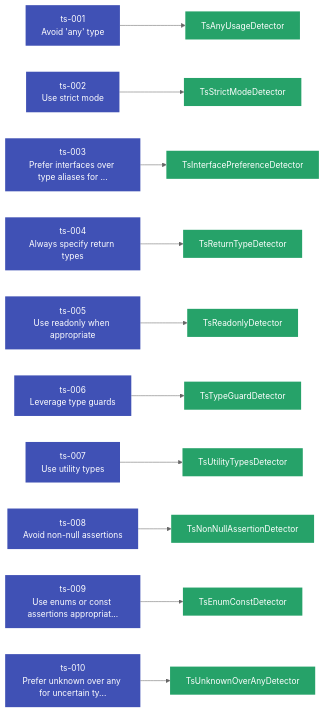
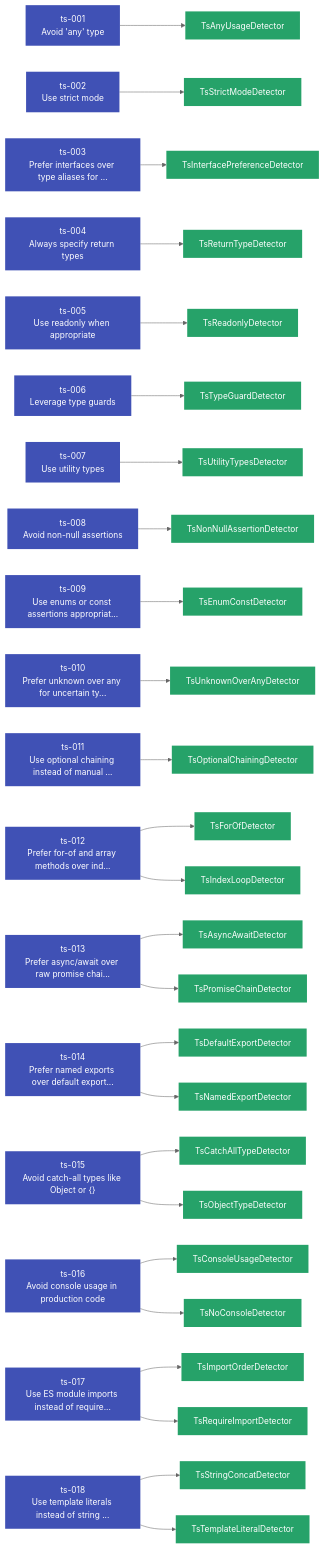
The diagram in docs/user-guide/languages/typescript.md (Anselmoo/mcp-zen-of-languages), drawn with Mermaid (neutral theme) before and after one commit. The commit also changed other lines of this file and 43 other files, not shown here.

```diff
--- a/docs/user-guide/languages/typescript.md
+++ b/docs/user-guide/languages/typescript.md
@@ -289,20 +464,58 @@
     ts_008["ts-008<br/>Avoid non-null assertions"]
     ts_009["ts-009<br/>Use enums or const assertions appropriat..."]
     ts_010["ts-010<br/>Prefer unknown over any for uncertain ty..."]
+    ts_011["ts-011<br/>Use optional chaining instead of manual ..."]
+    ts_012["ts-012<br/>Prefer for-of and array methods over ind..."]
+    ts_013["ts-013<br/>Prefer async/await over raw promise chai..."]
+    ts_014["ts-014<br/>Prefer named exports over default export..."]
+    ts_015["ts-015<br/>Avoid catch-all types like Object or {}"]
+    ts_016["ts-016<br/>Avoid console usage in production code"]
+    ts_017["ts-017<br/>Use ES module imports instead of require..."]
+    ts_018["ts-018<br/>Use template literals instead of string ..."]
     det_TsAnyUsageDetector["TsAnyUsageDetector"]
     ts_001 --> det_TsAnyUsageDetector
+    det_TsAsyncAwaitDetector["TsAsyncAwaitDetector"]
+    ts_013 --> det_TsAsyncAwaitDetector
+    det_TsCatchAllTypeDetector["TsCatchAllTypeDetector"]
+    ts_015 --> det_TsCatchAllTypeDetector
+    det_TsConsoleUsageDetector["TsConsoleUsageDetector"]
+    ts_016 --> det_TsConsoleUsageDetector
+    det_TsDefaultExportDetector["TsDefaultExportDetector"]
+    ts_014 --> det_TsDefaultExportDetector
     det_TsEnumConstDetector["TsEnumConstDetector"]
     ts_009 --> det_TsEnumConstDetector
+    det_TsForOfDetector["TsForOfDetector"]
+    ts_012 --> det_TsForOfDetector
+    det_TsImportOrderDetector["TsImportOrderDetector"]
+    ts_017 --> det_TsImportOrderDetector
+    det_TsIndexLoopDetector["TsIndexLoopDetector"]
+    ts_012 --> det_TsIndexLoopDetector
     det_TsInterfacePreferenceDetector["TsInterfacePreferenceDetector"]
     ts_003 --> det_TsInterfacePreferenceDetector
+    det_TsNamedExportDetector["TsNamedExportDetector"]
+    ts_014 --> det_TsNamedExportDetector
+    det_TsNoConsoleDetector["TsNoConsoleDetector"]
+    ts_016 --> det_TsNoConsoleDetector
     det_TsNonNullAssertionDetector["TsNonNullAssertionDetector"]
     ts_008 --> det_TsNonNullAssertionDetector
+    det_TsObjectTypeDetector["TsObjectTypeDetector"]
+    ts_015 --> det_TsObjectTypeDetector
+    det_TsOptionalChainingDetector["TsOptionalChainingDetector"]
+    ts_011 --> det_TsOptionalChainingDetector
+    det_TsPromiseChainDetector["TsPromiseChainDetector"]
+    ts_013 --> det_TsPromiseChainDetector
     det_TsReadonlyDetector["TsReadonlyDetector"]
     ts_005 --> det_TsReadonlyDetector
+    det_TsRequireImportDetector["TsRequireImportDetector"]
+    ts_017 --> det_TsRequireImportDetector
     det_TsReturnTypeDetector["TsReturnTypeDetector"]
     ts_004 --> det_TsReturnTypeDetector
     det_TsStrictModeDetector["TsStrictModeDetector"]
     ts_002 --> det_TsStrictModeDetector
+    det_TsStringConcatDetector["TsStringConcatDetector"]
+    ts_018 --> det_TsStringConcatDetector
+    det_TsTemplateLiteralDetector["TsTemplateLiteralDetector"]
+    ts_018 --> det_TsTemplateLiteralDetector
     det_TsTypeGuardDetector["TsTypeGuardDetector"]
     ts_006 --> det_TsTypeGuardDetector
     det_TsUnknownOverAnyDetector["TsUnknownOverAnyDetector"]
@@ -321,13 +534,36 @@
     class ts_008 principle
     class ts_009 principle
     class ts_010 principle
+    class ts_011 principle
+    class ts_012 principle
+    class ts_013 principle
+    class ts_014 principle
+    class ts_015 principle
+    class ts_016 principle
+    class ts_017 principle
+    class ts_018 principle
     class det_TsAnyUsageDetector detector
+    class det_TsAsyncAwaitDetector detector
+    class det_TsCatchAllTypeDetector detector
+    class det_TsConsoleUsageDetector detector
+    class det_TsDefaultExportDetector detector
     class det_TsEnumConstDetector detector
+    class det_TsForOfDetector detector
+    class det_TsImportOrderDetector detector
+    class det_TsIndexLoopDetector detector
     class det_TsInterfacePreferenceDetector detector
+    class det_TsNamedExportDetector detector
+    class det_TsNoConsoleDetector detector
     class det_TsNonNullAssertionDetector detector
+    class det_TsObjectTypeDetector detector
+    class det_TsOptionalChainingDetector detector
+    class det_TsPromiseChainDetector detector
     class det_TsReadonlyDetector detector
+    class det_TsRequireImportDetector detector
     class det_TsReturnTypeDetector detector
     class det_TsStrictModeDetector detector
+    class det_TsStringConcatDetector detector
+    class det_TsTemplateLiteralDetector detector
     class det_TsTypeGuardDetector detector
     class det_TsUnknownOverAnyDetector detector
     class det_TsUtilityTypesDetector detector
```
